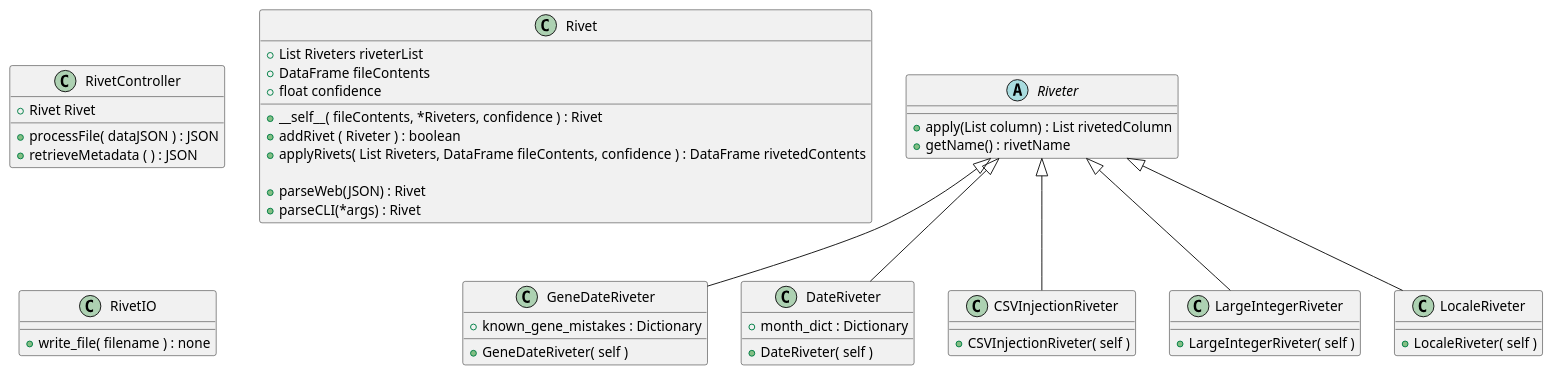
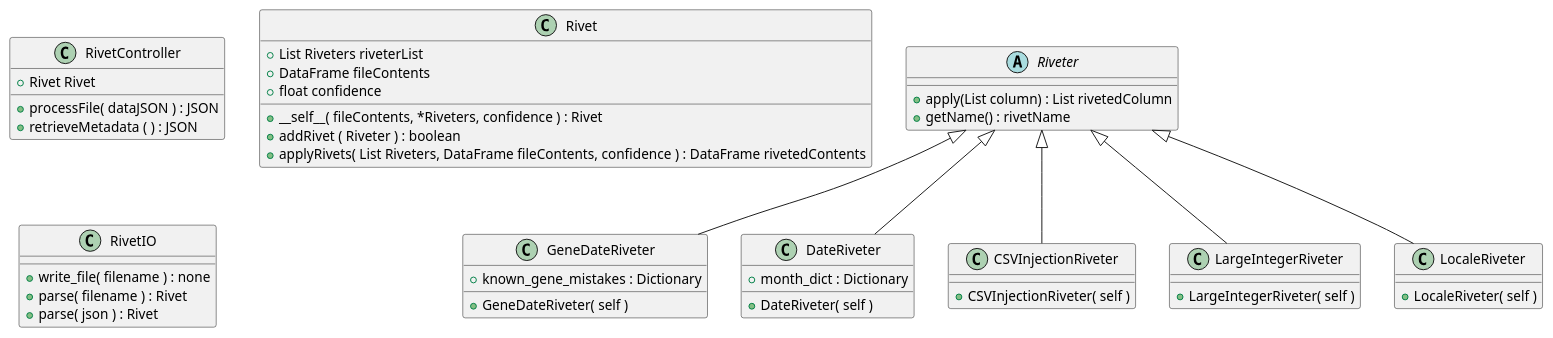
The diagram in design/UML_diagram.plantuml (mwklose/RosieRivet), drawn with PlantUML before and after one commit.

Commit message:
Edited UML diagram to move parse calls to RivetIO

```diff
--- a/design/UML_diagram.plantuml
+++ b/design/UML_diagram.plantuml
@@ -1,55 +1,55 @@
 @startuml Rosie-Rivet
 
 class RivetController {
    + Rivet Rivet
    + processFile( dataJSON ) : JSON 
    + retrieveMetadata ( ) : JSON
 }
 
 class Rivet {
     + List Riveters riveterList
     + DataFrame fileContents
     + float confidence
 
     + __self__( fileContents, *Riveters, confidence ) : Rivet
     + addRivet ( Riveter ) : boolean
     + applyRivets( List Riveters, DataFrame fileContents, confidence ) : DataFrame rivetedContents
 
     ' myRivet = Rivet.parseWeb(JSON) is example call
-    + parseWeb(JSON) : Rivet
-    + parseCLI(*args) : Rivet
 }
 
 class RivetIO {
     + write_file( filename ) : none
+    + parse( filename ) : Rivet
+    + parse( json ) : Rivet
 }
 
 abstract class Riveter {
     + apply(List column) : List rivetedColumn
     + getName() : rivetName
 }
 
 class GeneDateRiveter extends Riveter {
     + known_gene_mistakes : Dictionary
     + GeneDateRiveter( self )
 }
 
 class DateRiveter extends Riveter {
     + month_dict : Dictionary
     + DateRiveter( self )
 }
 
 class CSVInjectionRiveter extends Riveter {
     + CSVInjectionRiveter( self )
 }
 
 class LargeIntegerRiveter extends Riveter {
     + LargeIntegerRiveter( self )
 }
 
 class LocaleRiveter extends Riveter {
     + LocaleRiveter( self )
 }
 
 
 @enduml
```
